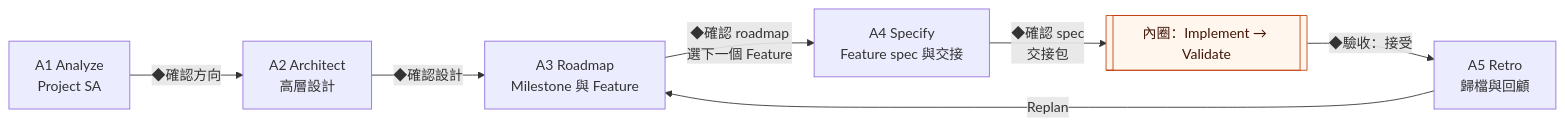
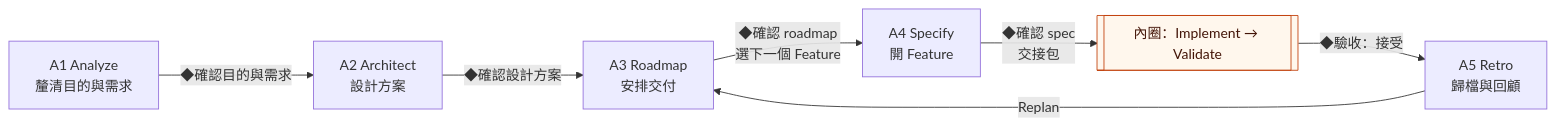
The second of 3 diagrams in docs/guide/user-guide.md (ellis429/loop-engineering), drawn with Mermaid before and after one commit. The commit also changed other lines of this file and 1 other file, not shown here.

````diff
--- a/docs/guide/user-guide.md
+++ b/docs/guide/user-guide.md
@@ -90,10 +90,10 @@
 ```mermaid
 flowchart LR
-  A1["A1 Analyze<br/>Project SA"] -->|◆確認方向| A2["A2 Architect<br/>高層設計"]
-  A2 -->|◆確認設計| A3["A3 Roadmap<br/>Milestone 與 Feature"]
-  A3 -->|◆確認 roadmap<br/>選下一個 Feature| A4["A4 Specify<br/>Feature spec 與交接"]
+  A1["A1 Analyze<br/>釐清目的與需求"] -->|◆確認目的與需求| A2["A2 Architect<br/>設計方案"]
+  A2 -->|◆確認設計方案| A3["A3 Roadmap<br/>安排交付"]
+  A3 -->|◆確認 roadmap<br/>選下一個 Feature| A4["A4 Specify<br/>開 Feature"]
   A4 -->|◆確認 spec<br/>交接包| IN[["內圈：Implement → Validate"]]
   IN -->|◆驗收：接受| A5["A5 Retro<br/>歸檔與回顧"]
   A5 -->|Replan| A3
   style IN fill:#fff7ed,stroke:#c2410c,color:#431407
 ```
````
